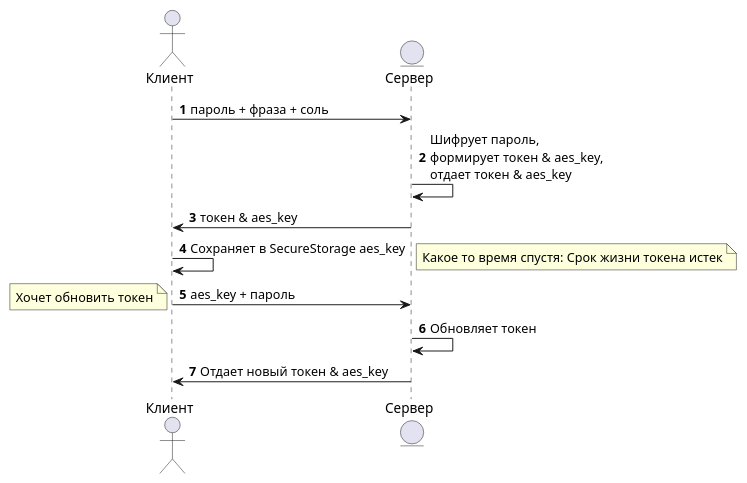
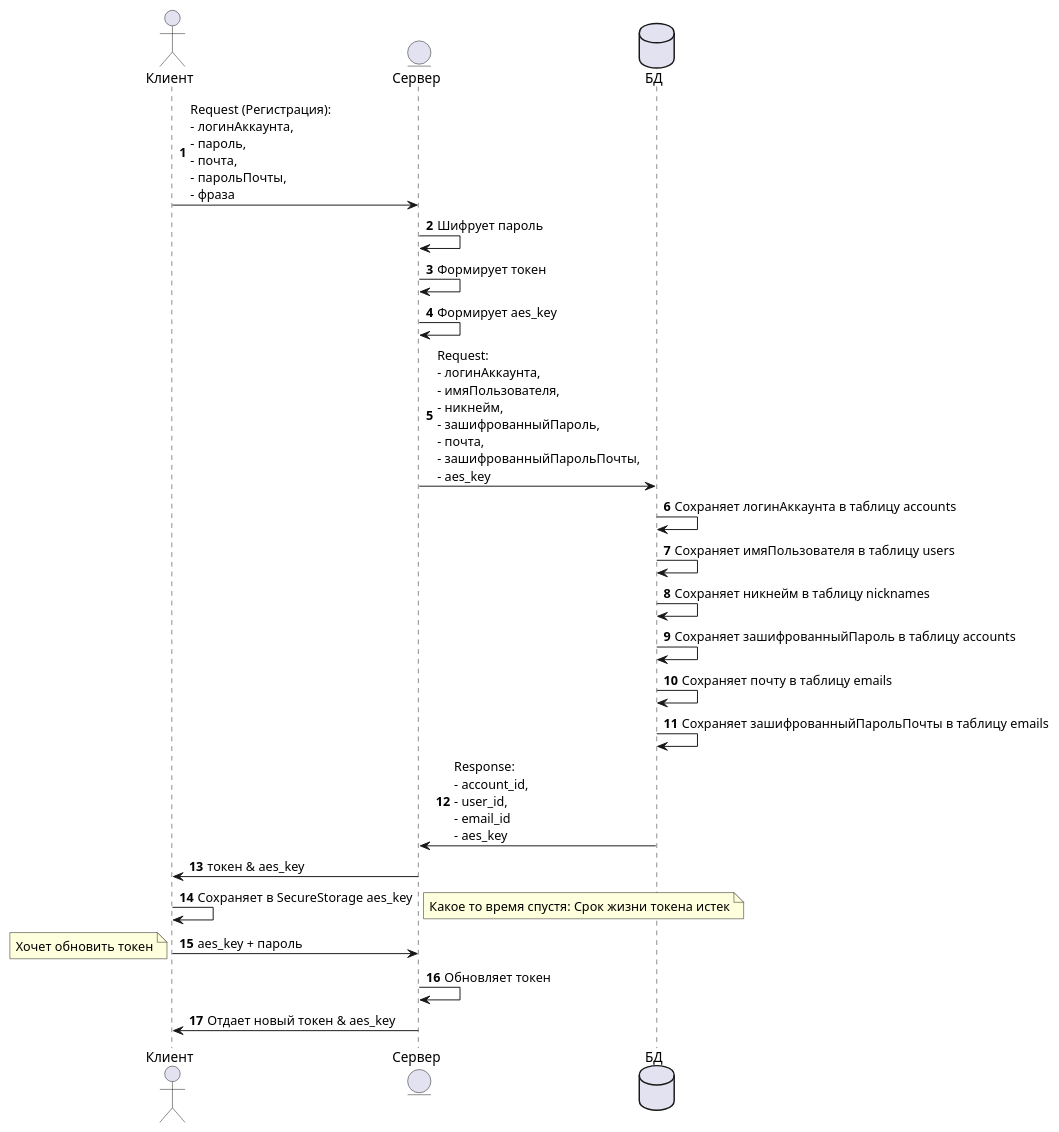
The diagram in resources/token_aes_phrase_pass.puml (sectorsj/password_manager), drawn with PlantUML before and after one commit.

Commit message:
v_0_0_2: добавил plant uml диаграмму
добавил: -
изменил: token_aes_phrase_pass.puml
удалил: -

```diff
--- a/resources/token_aes_phrase_pass.puml
+++ b/resources/token_aes_phrase_pass.puml
@@ -1,17 +1,28 @@
 @startuml
 
 autonumber
 actor Клиент
 entity Сервер
+database БД
 
-Клиент -> Сервер: пароль + фраза + соль
-Сервер -> Сервер: Шифрует пароль,\nформирует токен & aes_key,\nотдает токен & aes_key
+Клиент -> Сервер: Request (Регистрация):\n- логинАккаунта,\n- пароль,\n- почта,\n- парольПочты,\n- фраза
+Сервер -> Сервер: Шифрует пароль
+Сервер -> Сервер: Формирует токен
+Сервер -> Сервер: Формирует aes_key
+Сервер -> БД: Request:\n- логинАккаунта,\n- имяПользователя, \n- никнейм,\n- зашифрованныйПароль,\n- почта,\n- зашифрованныйПарольПочты,\n- aes_key
+БД -> БД: Сохраняет логинАккаунта в таблицу accounts
+БД -> БД: Сохраняет имяПользователя в таблицу users
+БД -> БД: Сохраняет никнейм в таблицу nicknames
+БД -> БД: Сохраняет зашифрованныйПароль в таблицу accounts
+БД -> БД: Сохраняет почту в таблицу emails
+БД -> БД: Сохраняет зашифрованныйПарольПочты в таблицу emails
+БД -> Сервер: Response:\n- account_id,\n- user_id,\n- email_id\n- aes_key
 Сервер -> Клиент: токен & aes_key
 Клиент -> Клиент: Сохраняет в SecureStorage aes_key
 note right: Какое то время спустя: Срок жизни токена истек
 Клиент -> Сервер: aes_key + пароль
 note left: Хочет обновить токен
 Сервер -> Сервер: Обновляет токен
 Сервер -> Клиент: Отдает новый токен & aes_key
 
 @enduml
```
